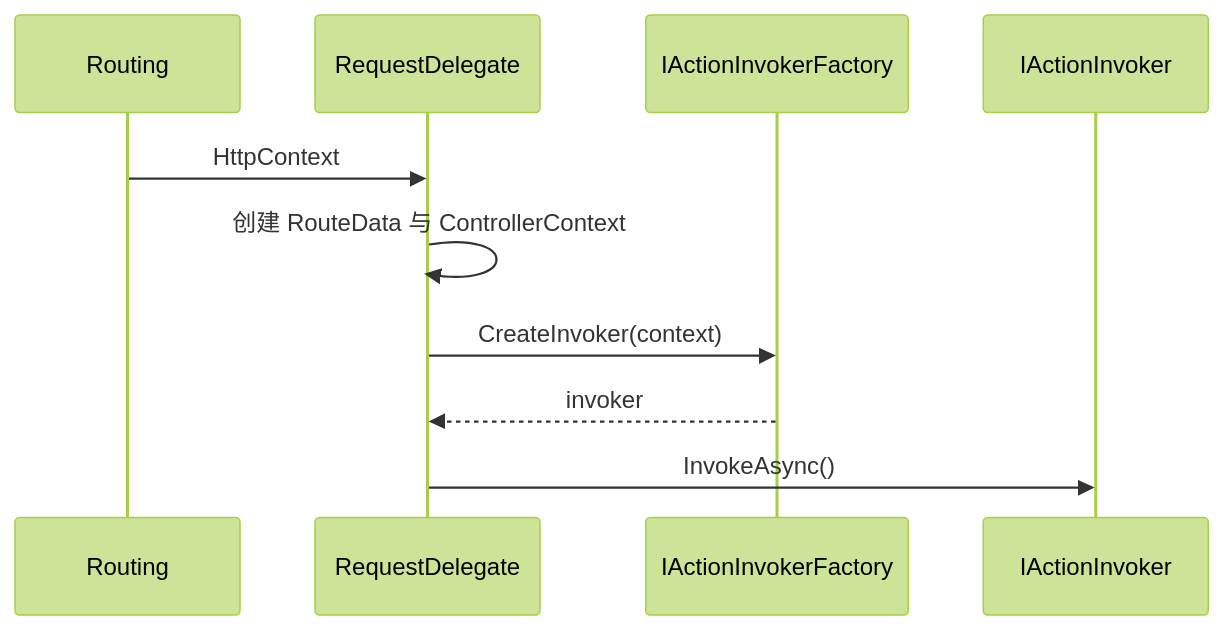
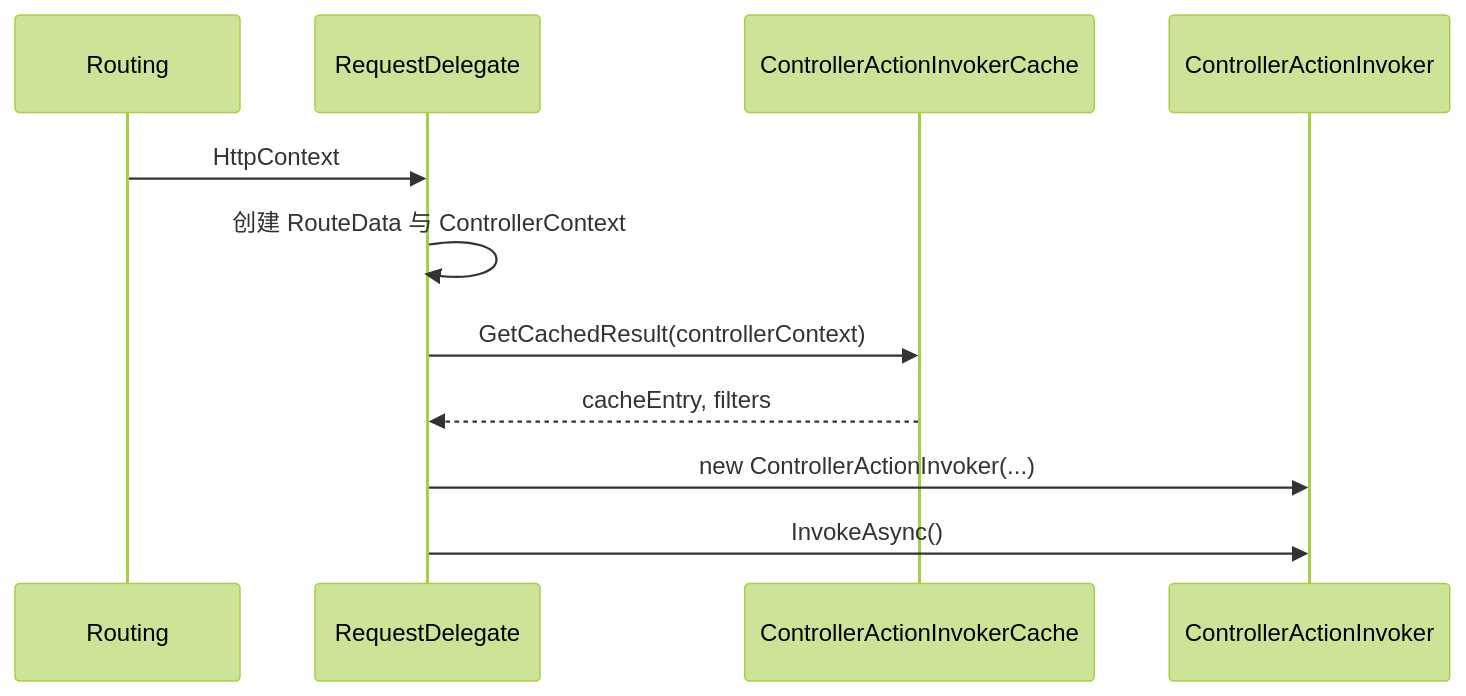
Before and after one commit to AlexKuai/SourceCodeLearningNotes: diagram 23 of 34 in notes/MVC-源码解读版.md, drawn with Mermaid (forest theme). The commit also changed other lines of this file and 9 other files, not shown here.

````diff
--- a/notes/MVC-源码解读版.md
+++ b/notes/MVC-源码解读版.md
@@ -3388,12 +3411,13 @@
 ```mermaid
 sequenceDiagram
     participant R as Routing
     participant D as RequestDelegate
-    participant F as IActionInvokerFactory
-    participant I as IActionInvoker
+    participant F as ControllerActionInvokerCache
+    participant I as ControllerActionInvoker
     R->>D: HttpContext
     D->>D: 创建 RouteData 与 ControllerContext
-    D->>F: CreateInvoker(context)
-    F-->>D: invoker
+    D->>F: GetCachedResult(controllerContext)
+    F-->>D: cacheEntry, filters
+    D->>I: new ControllerActionInvoker(...)
     D->>I: InvokeAsync()
 ```
````
